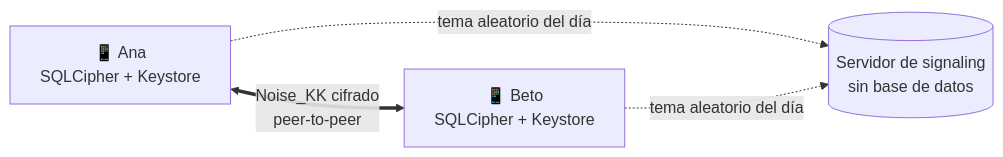
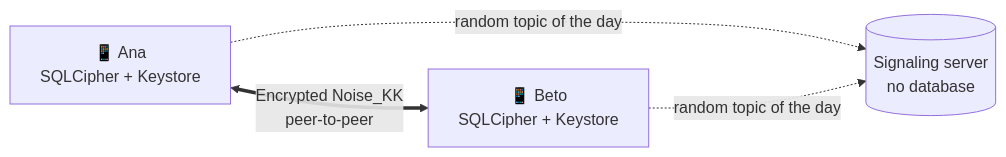
The diagram in website/index.md (fsoftt/Murmur), drawn with Mermaid before and after one commit. The commit also changed other lines of this file and 51 other files, not shown here.

````diff
--- a/website/index.md
+++ b/website/index.md
@@ -66,6 +66,6 @@
 ```mermaid
 flowchart LR
-    A["📱 Ana<br/>SQLCipher + Keystore"] <== "Noise_KK cifrado<br/>peer-to-peer" ==> B["📱 Beto<br/>SQLCipher + Keystore"]
-    A -. "tema aleatorio del día" .-> S[("Servidor de signaling<br/>sin base de datos")]
-    B -. "tema aleatorio del día" .-> S
+    A["📱 Ana<br/>SQLCipher + Keystore"] <== "Encrypted Noise_KK<br/>peer-to-peer" ==> B["📱 Beto<br/>SQLCipher + Keystore"]
+    A -. "random topic of the day" .-> S[("Signaling server<br/>no database")]
+    B -. "random topic of the day" .-> S
 ```
````
